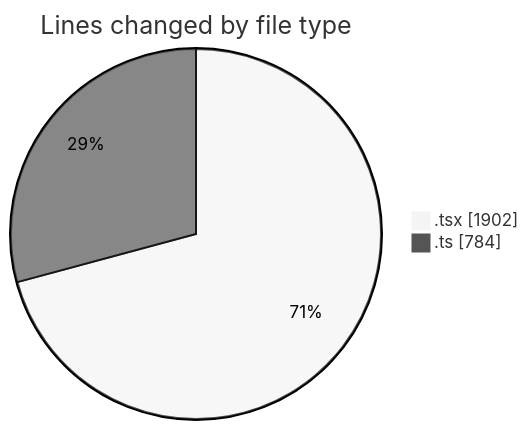
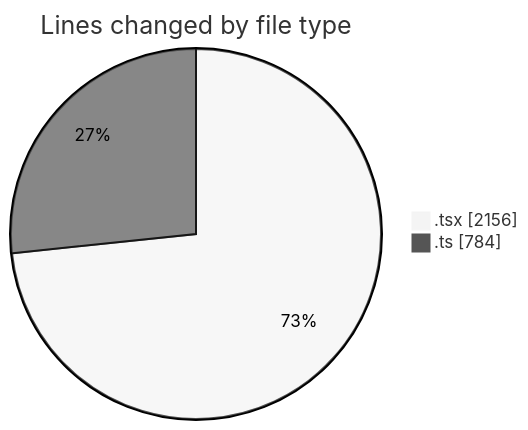
One commit to nxtqubesakshisongat/code-tracking changed the first of 2 diagrams in 2026-05-14/nxtqube_webapp/README.md. Above: the diagram before and after it, drawn with Mermaid (neutral theme). The commit also changed other lines of this file and 1 other file, not shown here.

````diff
--- a/2026-05-14/nxtqube_webapp/README.md
+++ b/2026-05-14/nxtqube_webapp/README.md
@@ -23,6 +24,6 @@
 ```mermaid
 pie showData
 title Lines changed by file type
-".tsx" : 1902
+".tsx" : 2156
 ".ts" : 784
 ```
````
